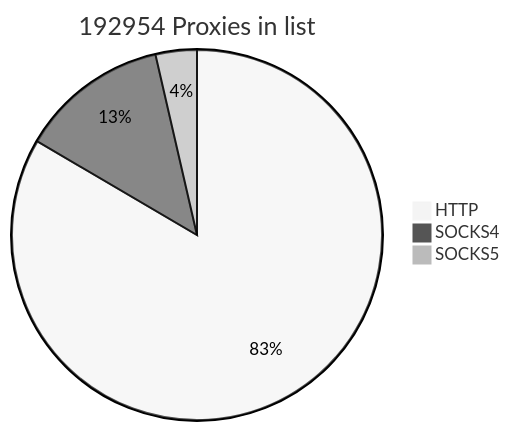
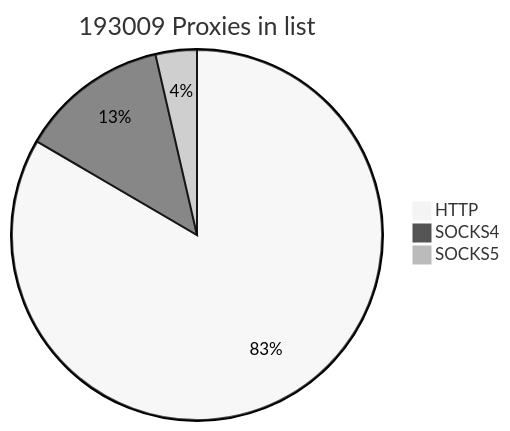
The first of 2 diagrams in README.md (cutipu/proxylist), drawn with Mermaid (neutral theme) before and after one commit. The commit also changed other lines of this file, not shown here.

````diff
--- a/README.md
+++ b/README.md
@@ -2,7 +2,7 @@
 ```mermaid
-pie title 192954 Proxies in list
-    "HTTP" : 161002
-    "SOCKS4" : 25002
-    "SOCKS5" : 6950
+pie title 193009 Proxies in list
+    "HTTP" : 161008
+    "SOCKS4" : 25048
+    "SOCKS5" : 6953
             
 ```
````
